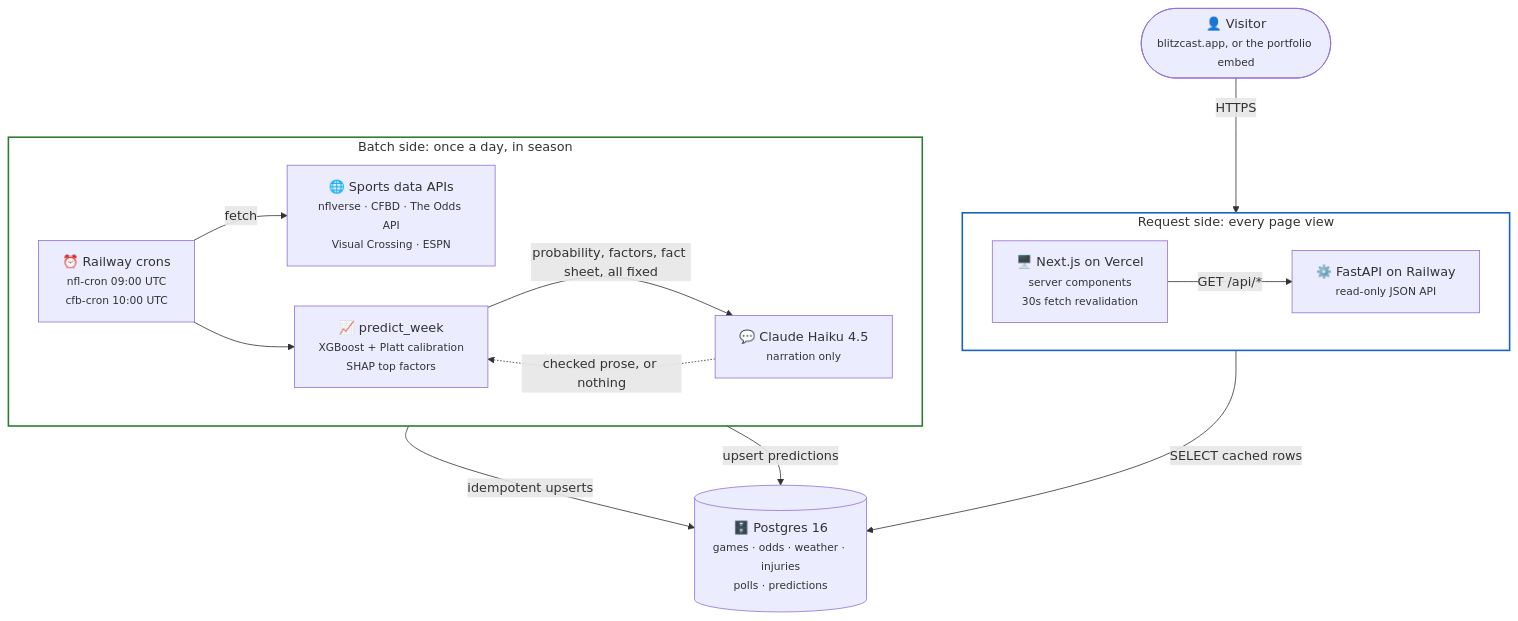
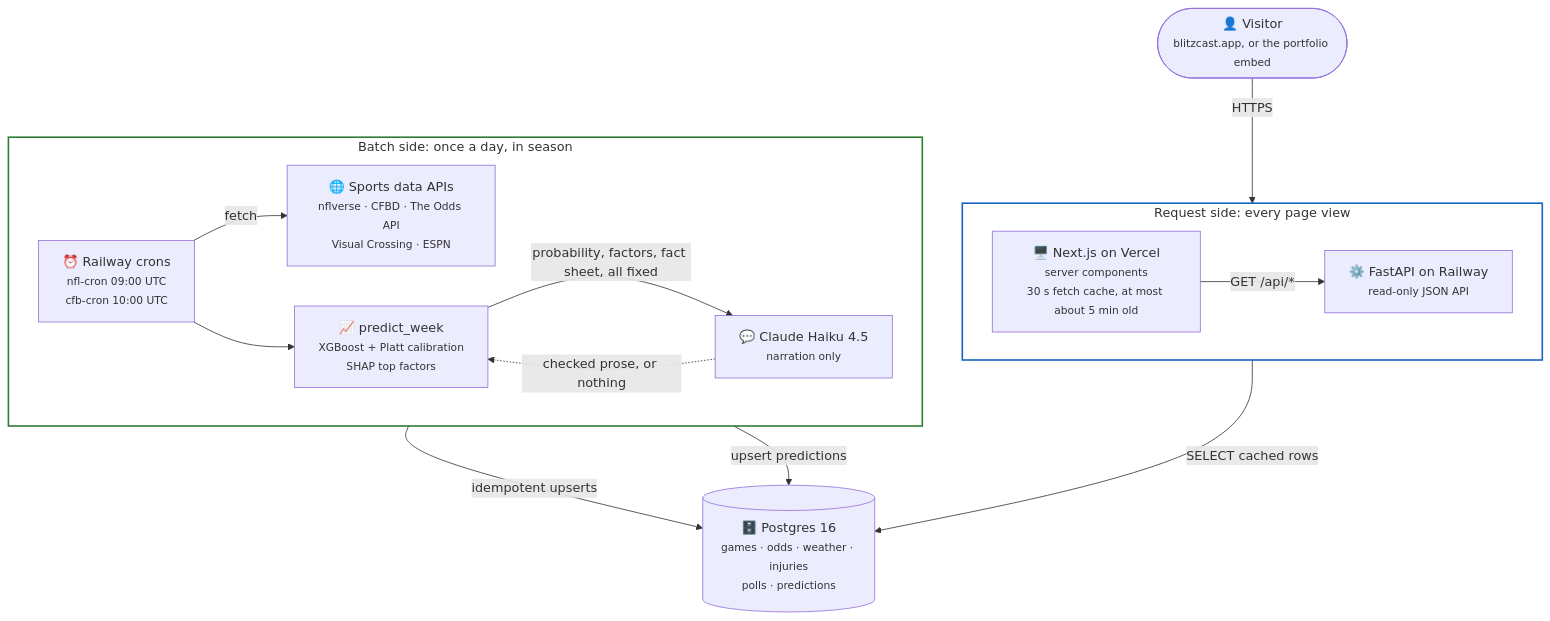
One commit to carterptull/blitzcast changed the diagram in diagrams/overview.md. Above: the diagram before and after it, drawn with Mermaid. The commit also changed other lines of this file and 16 other files, not shown here.

Commit message:
chore(release): 1.2.6 changelog, decisions, diagrams

````diff
--- a/diagrams/overview.md
+++ b/diagrams/overview.md
@@ -7,34 +7,34 @@
 ```mermaid
 flowchart TB
     visitor(["👤 Visitor<br/><small>blitzcast.app, or the portfolio embed</small>"])
 
     subgraph request["Request side: every page view"]
         direction LR
-        web["🖥️ Next.js on Vercel<br/><small>server components<br/>30s fetch revalidation</small>"]
+        web["🖥️ Next.js on Vercel<br/><small>server components<br/>30 s fetch cache, at most about 5 min old</small>"]
         api["⚙️ FastAPI on Railway<br/><small>read-only JSON API</small>"]
     end
 
     db[("🗄️ Postgres 16<br/><small>games · odds · weather · injuries<br/>polls · predictions</small>")]
 
     subgraph batch["Batch side: once a day, in season"]
         direction LR
         cron["⏰ Railway crons<br/><small>nfl-cron 09:00 UTC<br/>cfb-cron 10:00 UTC</small>"]
         sources["🌐 Sports data APIs<br/><small>nflverse · CFBD · The Odds API<br/>Visual Crossing · ESPN</small>"]
         predict["📈 predict_week<br/><small>XGBoost + Platt calibration<br/>SHAP top factors</small>"]
         claude["💬 Claude Haiku 4.5<br/><small>narration only</small>"]
     end
 
     visitor -->|HTTPS| web
     web -->|"GET /api/*"| api
     api -->|"SELECT cached rows"| db
 
     cron -->|fetch| sources
     cron -->|"idempotent upserts"| db
     cron --> predict
     predict -->|"probability, factors, fact sheet, all fixed"| claude
     claude -.->|"checked prose, or nothing"| predict
     predict -->|"upsert predictions"| db
 
     style request fill:transparent,stroke:#1565C0,stroke-width:2px
     style batch fill:transparent,stroke:#2E7D32,stroke-width:2px
 ```
````
